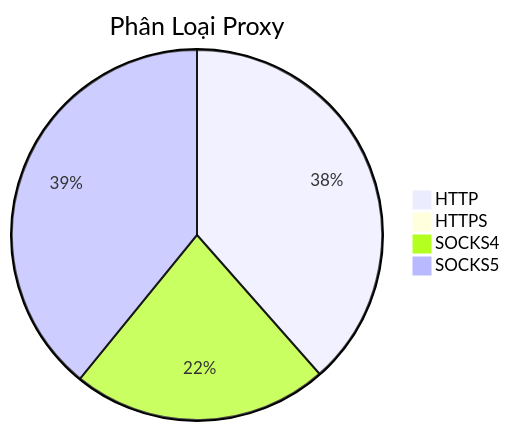
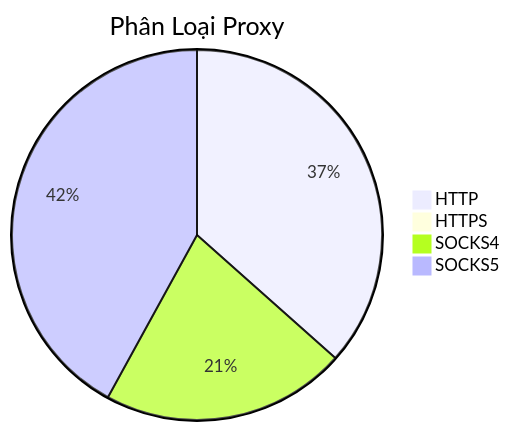
Before and after one commit to Ciara-12/PROXY-free: the diagram in README.md, drawn with Mermaid. The commit also changed other lines of this file and 4 other files, not shown here.

````diff
--- a/README.md
+++ b/README.md
@@ -26,7 +26,7 @@
 ```mermaid
 pie title Phân Loại Proxy
-    "HTTP" : 370
-    "HTTPS" : 3
-    "SOCKS4" : 215
-    "SOCKS5" : 376
+    "HTTP" : 437
+    "HTTPS" : 0
+    "SOCKS4" : 256
+    "SOCKS5" : 502
 ```
````
